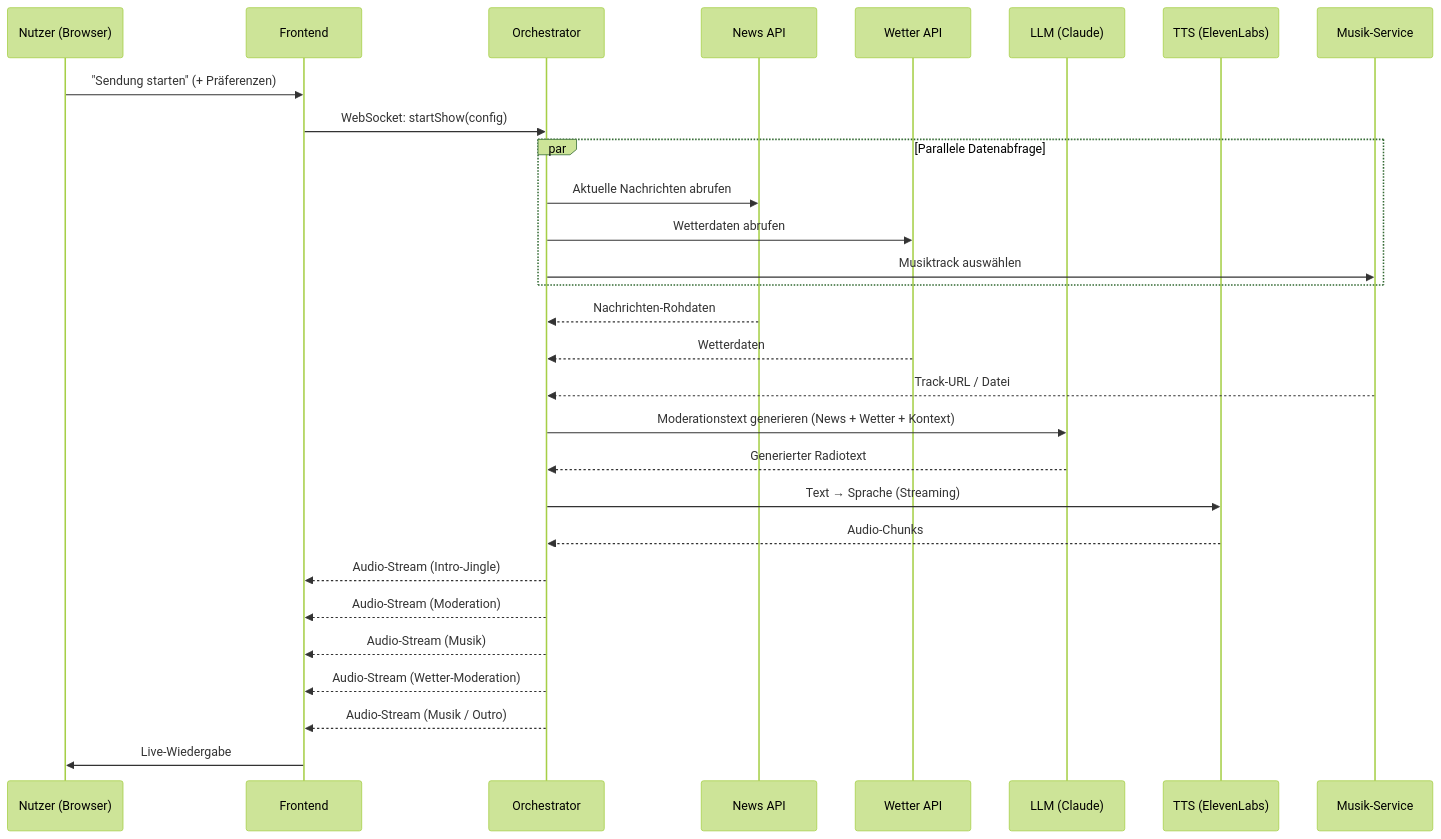
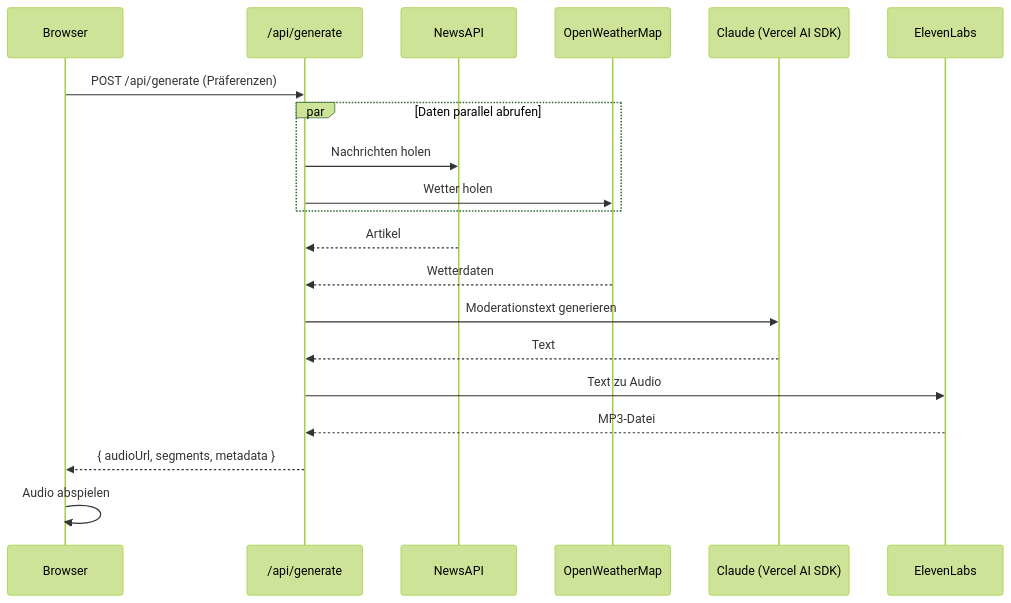
One commit to MichaelMoeckli/attune changed the second of 4 diagrams in techstack_architektur_radion25.md. Above: the diagram before and after it, drawn with Mermaid (forest theme). The commit also changed other lines of this file and 12 other files, not shown here.

````diff
--- a/techstack_architektur_radion25.md
+++ b/techstack_architektur_radion25.md
@@ -57,38 +58,28 @@
 ```mermaid
 sequenceDiagram
-    participant User as Nutzer (Browser)
-    participant FE as Frontend
-    participant BE as Orchestrator
-    participant News as News API
-    participant Weather as Wetter API
-    participant LLM as LLM (Claude)
-    participant TTS as TTS (ElevenLabs)
-    participant Music as Musik-Service
+    participant User as Browser
+    participant API as /api/generate
+    participant News as NewsAPI
+    participant Weather as OpenWeatherMap
+    participant LLM as Claude (Vercel AI SDK)
+    participant TTS as ElevenLabs
 
-    User->>FE: "Sendung starten" (+ Präferenzen)
-    FE->>BE: WebSocket: startShow(config)
+    User->>API: POST /api/generate (Präferenzen)
 
-    par Parallele Datenabfrage
-        BE->>News: Aktuelle Nachrichten abrufen
-        BE->>Weather: Wetterdaten abrufen
-        BE->>Music: Musiktrack auswählen
+    par Daten parallel abrufen
+        API->>News: Nachrichten holen
+        API->>Weather: Wetter holen
     end
 
-    News-->>BE: Nachrichten-Rohdaten
-    Weather-->>BE: Wetterdaten
-    Music-->>BE: Track-URL / Datei
+    News-->>API: Artikel
+    Weather-->>API: Wetterdaten
 
-    BE->>LLM: Moderationstext generieren (News + Wetter + Kontext)
-    LLM-->>BE: Generierter Radiotext
+    API->>LLM: Moderationstext generieren
+    LLM-->>API: Text
 
-    BE->>TTS: Text → Sprache (Streaming)
-    TTS-->>BE: Audio-Chunks
+    API->>TTS: Text zu Audio
+    TTS-->>API: MP3-Datei
 
-    BE-->>FE: Audio-Stream (Intro-Jingle)
-    BE-->>FE: Audio-Stream (Moderation)
-    BE-->>FE: Audio-Stream (Musik)
-    BE-->>FE: Audio-Stream (Wetter-Moderation)
-    BE-->>FE: Audio-Stream (Musik / Outro)
-
-    FE->>User: Live-Wiedergabe
+    API-->>User: { audioUrl, segments, metadata }
+    User->>User: Audio abspielen
 ```
````
